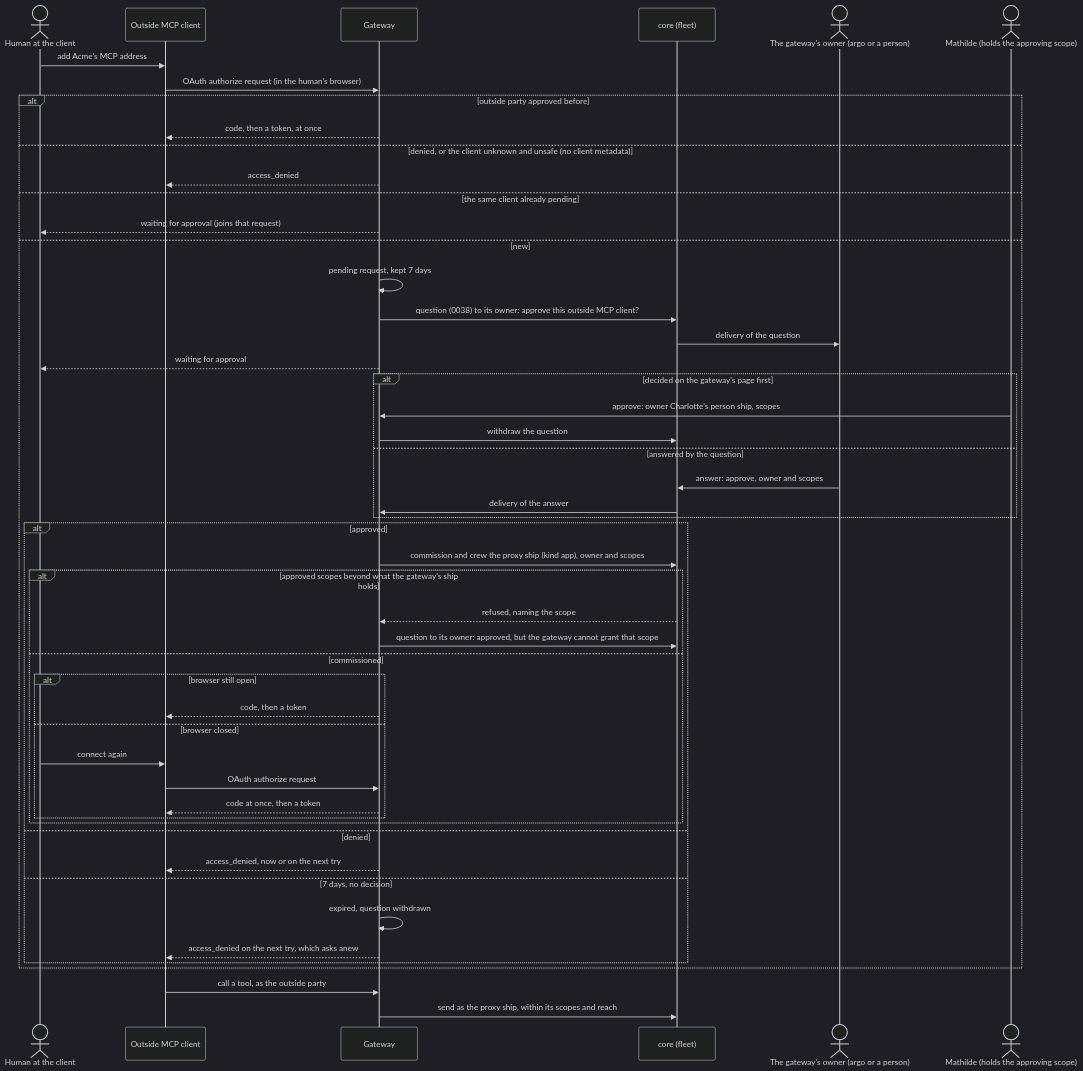
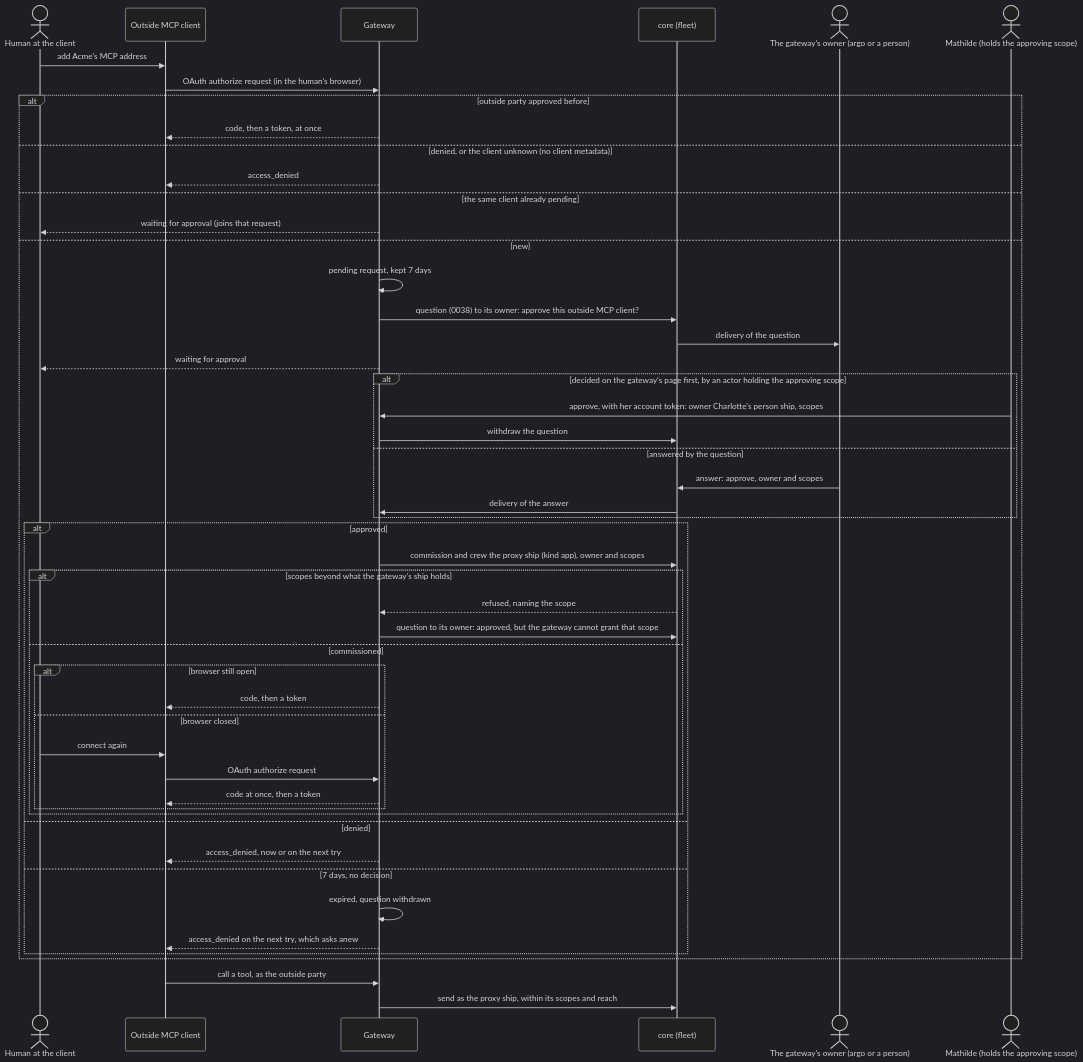
One commit to ThomasHendrickx/aeolus-fleet changed the ninth of 11 diagrams in docs/design/accounts/phase-2/flows.md. Above: the diagram before and after it, drawn with Mermaid (dark theme). The commit also changed other lines of this file, not shown here.

First line of the commit message:
docs(design): accounts phase 2 flows on the actor model, F11 the account token

````diff
--- a/docs/design/accounts/phase-2/flows.md
+++ b/docs/design/accounts/phase-2/flows.md
@@ -311,52 +319,52 @@
 ```mermaid
 sequenceDiagram
   actor R as Human at the client
   participant MC as Outside MCP client
   participant G as Gateway
   participant C as core (fleet)
   actor A as The gateway's owner (argo or a person)
   actor M as Mathilde (holds the approving scope)
   R->>MC: add Acme's MCP address
   MC->>G: OAuth authorize request (in the human's browser)
   alt outside party approved before
     G-->>MC: code, then a token, at once
-  else denied, or the client unknown and unsafe (no client metadata)
+  else denied, or the client unknown (no client metadata)
     G-->>MC: access_denied
   else the same client already pending
     G-->>R: waiting for approval (joins that request)
   else new
     G->>G: pending request, kept 7 days
     G->>C: question (0038) to its owner: approve this outside MCP client?
     C->>A: delivery of the question
     G-->>R: waiting for approval
-    alt decided on the gateway's page first
-      M->>G: approve: owner Charlotte's person ship, scopes
+    alt decided on the gateway's page first, by an actor holding the approving scope
+      M->>G: approve, with her account token: owner Charlotte's person ship, scopes
       G->>C: withdraw the question
     else answered by the question
       A->>C: answer: approve, owner and scopes
       C->>G: delivery of the answer
     end
     alt approved
       G->>C: commission and crew the proxy ship (kind app), owner and scopes
-      alt approved scopes beyond what the gateway's ship holds
+      alt scopes beyond what the gateway's ship holds
         C-->>G: refused, naming the scope
         G->>C: question to its owner: approved, but the gateway cannot grant that scope
       else commissioned
         alt browser still open
           G-->>MC: code, then a token
         else browser closed
           R->>MC: connect again
           MC->>G: OAuth authorize request
           G-->>MC: code at once, then a token
         end
       end
     else denied
       G-->>MC: access_denied, now or on the next try
     else 7 days, no decision
       G->>G: expired, question withdrawn
       G-->>MC: access_denied on the next try, which asks anew
     end
   end
   MC->>G: call a tool, as the outside party
   G->>C: send as the proxy ship, within its scopes and reach
 ```
````
